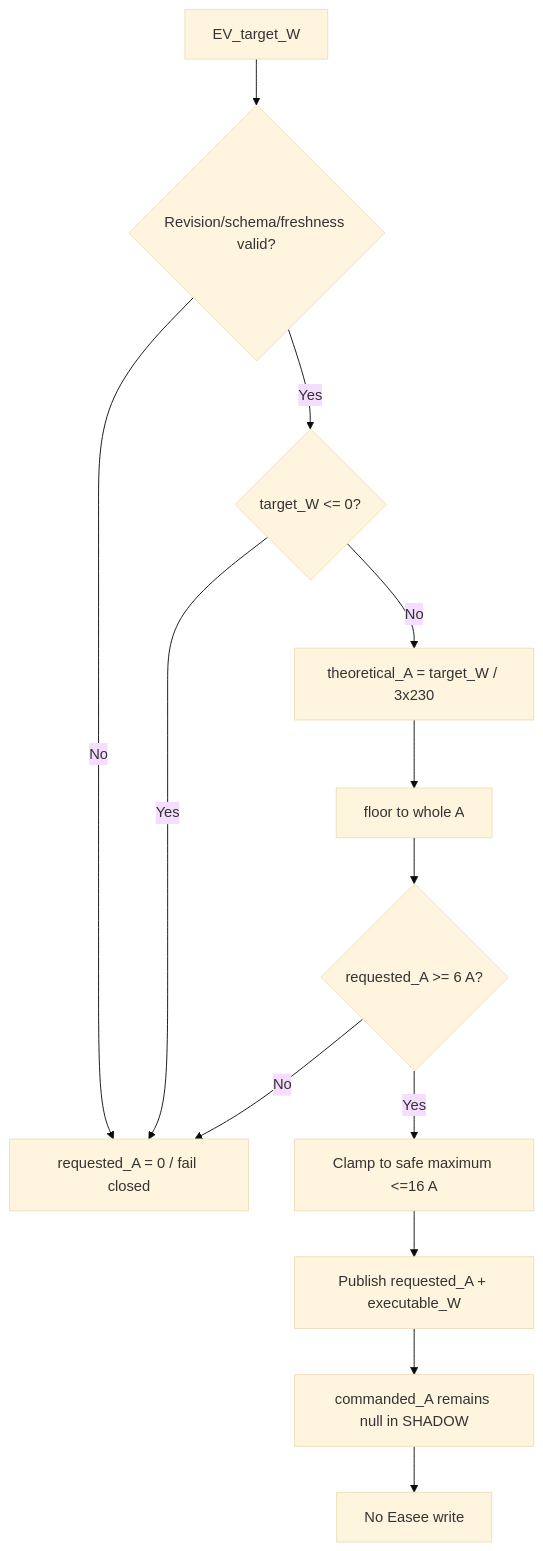
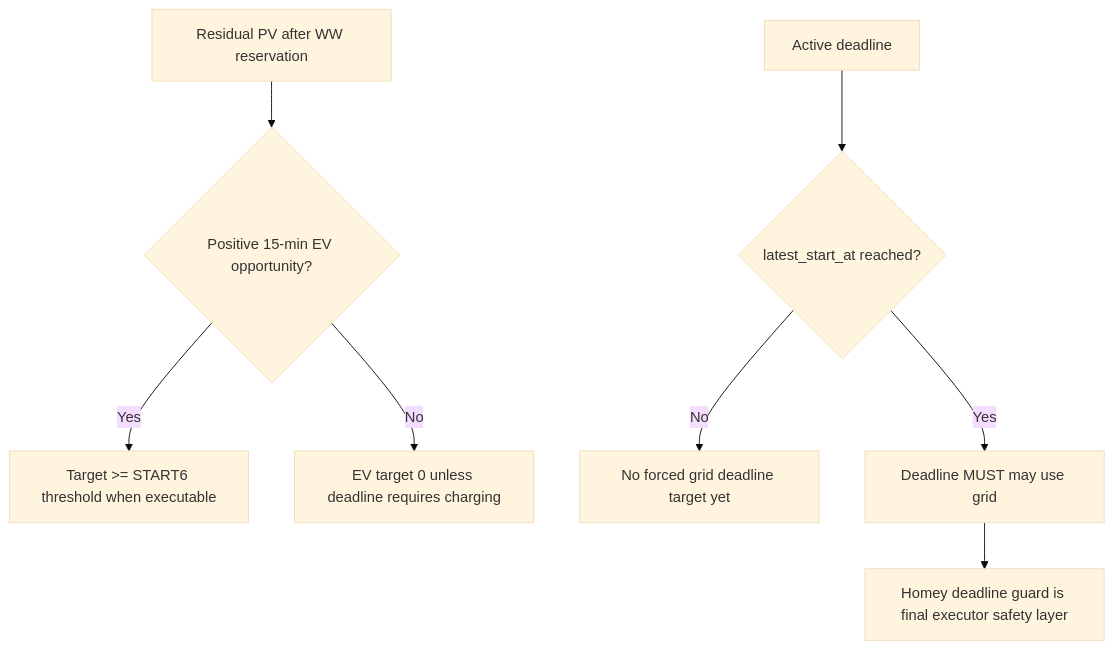
Before and after one commit to OnsKasteeltje/homey-energy-manual: the fourth of 5 diagrams in docs/software-architecture/flows/planner-power-intent-flow.md, drawn with Mermaid (base theme). The commit also changed other lines of this file, not shown here.

Commit message:
docs: align planner and Power Intent flow diagrams with Pi production chain

````diff
--- a/docs/software-architecture/flows/planner-power-intent-flow.md
+++ b/docs/software-architecture/flows/planner-power-intent-flow.md
@@ -258,15 +139,10 @@
 ```mermaid
 flowchart TD
-    A[EV_target_W] --> B{Revision/schema/freshness valid?}
-    B -->|No| C[requested_A = 0 / fail closed]
-    B -->|Yes| D{target_W <= 0?}
-    D -->|Yes| C
-    D -->|No| E[theoretical_A = target_W / 3x230]
-    E --> F[floor to whole A]
-    F --> G{requested_A >= 6 A?}
-    G -->|No| C
-    G -->|Yes| H[Clamp to safe maximum <=16 A]
-    H --> I[Publish requested_A + executable_W]
-    I --> J[commanded_A remains null in SHADOW]
-    J --> K[No Easee write]
+    A[Residual PV after WW reservation] --> B{Positive 15-min EV opportunity?}
+    B -->|Yes| C[Target >= START6 threshold when executable]
+    B -->|No| D[EV target 0 unless deadline requires charging]
+    E[Active deadline] --> F{latest_start_at reached?}
+    F -->|No| G[No forced grid deadline target yet]
+    F -->|Yes| H[Deadline MUST may use grid]
+    H --> I[Homey deadline guard is final executor safety layer]
 ```
````
